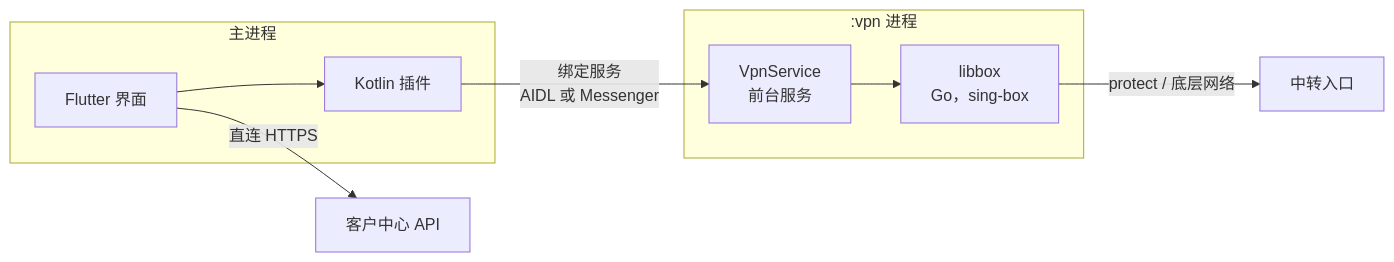
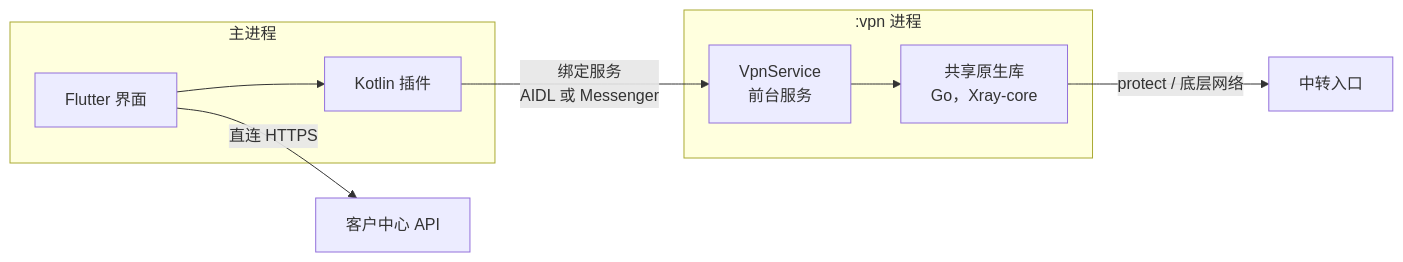
Before and after one commit to BlueGrassN/BlueGrass: the second of 2 diagrams in docs/superpowers/specs/2026-10-10-sunipip-client-design-addendum.md, drawn with Mermaid. The commit also changed other lines of this file and 1258 other files, not shown here.

````diff
--- a/docs/superpowers/specs/2026-10-10-sunipip-client-design-addendum.md
+++ b/docs/superpowers/specs/2026-10-10-sunipip-client-design-addendum.md
@@ -77,12 +80,12 @@
 ```mermaid
 flowchart LR
     subgraph Main[主进程]
         UI[Flutter 界面] --> Bridge[Kotlin 插件]
     end
     subgraph Vpn[":vpn 进程"]
-        VS[VpnService<br/>前台服务] --> Box[libbox<br/>Go，sing-box]
+        VS[VpnService<br/>前台服务] --> Box[共享原生库<br/>Go，Xray-core]
     end
     Bridge -- 绑定服务<br/>AIDL 或 Messenger --> VS
     Box -- protect / 底层网络 --> Relay[中转入口]
     UI -- 直连 HTTPS --> API[客户中心 API]
 ```
````
